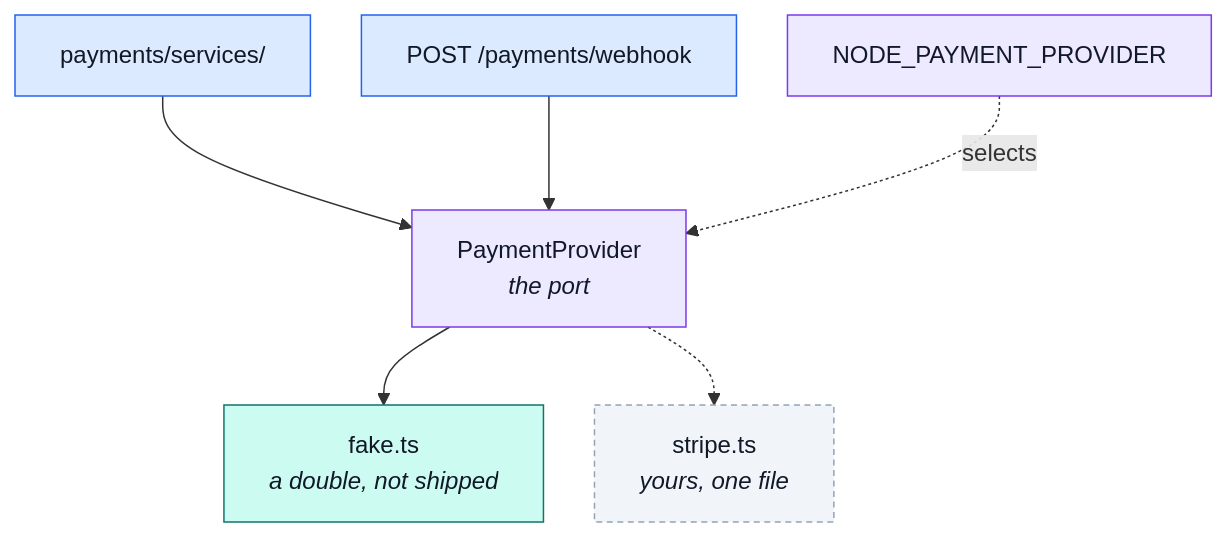
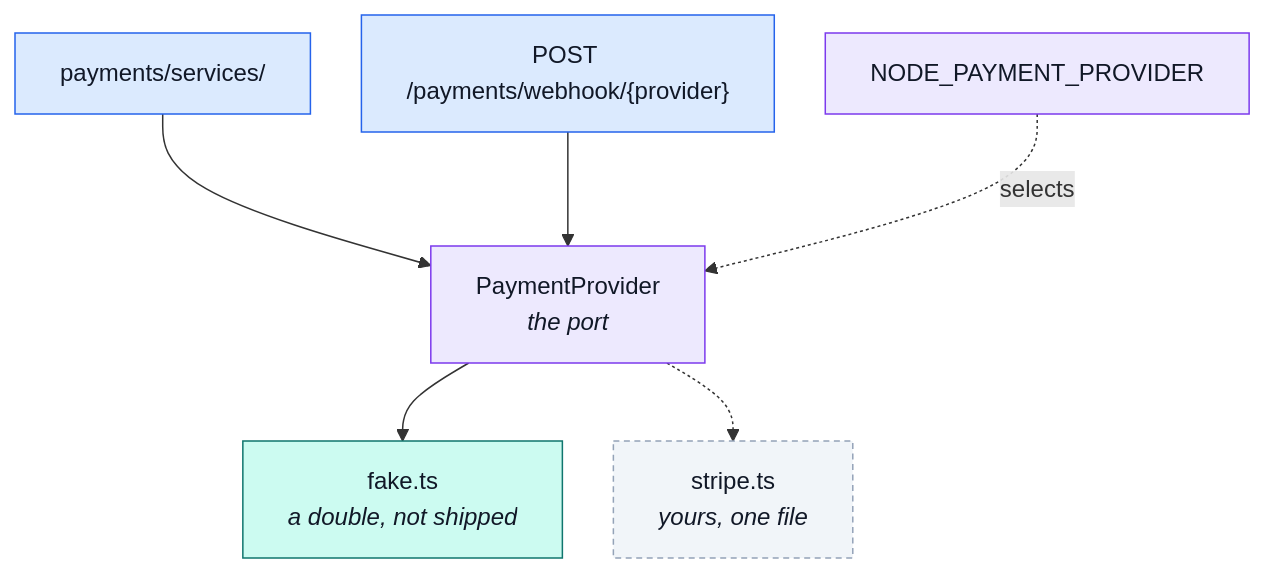
Before and after one commit to Guebbit/boilerplate-node-backend: the diagram in docs/modules/payments-provider-port.md, drawn with Mermaid. The commit also changed other lines of this file and 26 other files, not shown here.

First line of the commit message:
feat(payments)!: one webhook per provider, resolved by name

````diff
--- a/docs/modules/payments-provider-port.md
+++ b/docs/modules/payments-provider-port.md
@@ -45,18 +45,18 @@
 ```mermaid
 %%{init: {'flowchart': {'nodeSpacing': 34, 'rankSpacing': 52}}}%%
 flowchart TD
     S["payments/services/"] --> P["PaymentProvider<br/><i>the port</i>"]
-    W["POST /payments/webhook"] --> P
+    W["POST /payments/webhook/{provider}"] --> P
     P --> F["fake.ts<br/><i>a double, not shipped</i>"]
     P -.-> X["stripe.ts<br/><i>yours, one file</i>"]
     E["NODE_PAYMENT_PROVIDER"] -.->|"selects"| P
 
     classDef app fill:#dbeafe,stroke:#2563eb,color:#111827;
     classDef port fill:#ede9fe,stroke:#7c3aed,color:#111827;
     classDef impl fill:#ccfbf1,stroke:#0f766e,color:#111827;
     classDef future fill:#f1f5f9,stroke:#94a3b8,color:#111827,stroke-dasharray: 4 3;
     class S,W app;
     class P,E port;
     class F impl;
     class X future;
 ```
````
